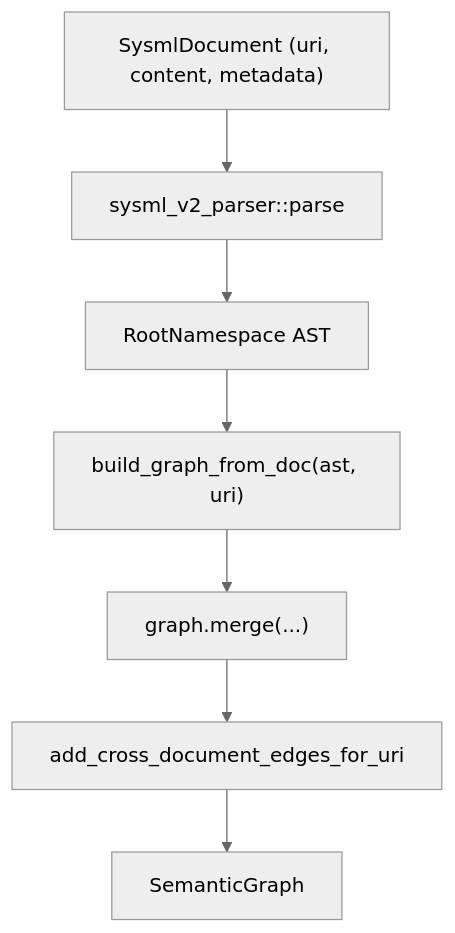
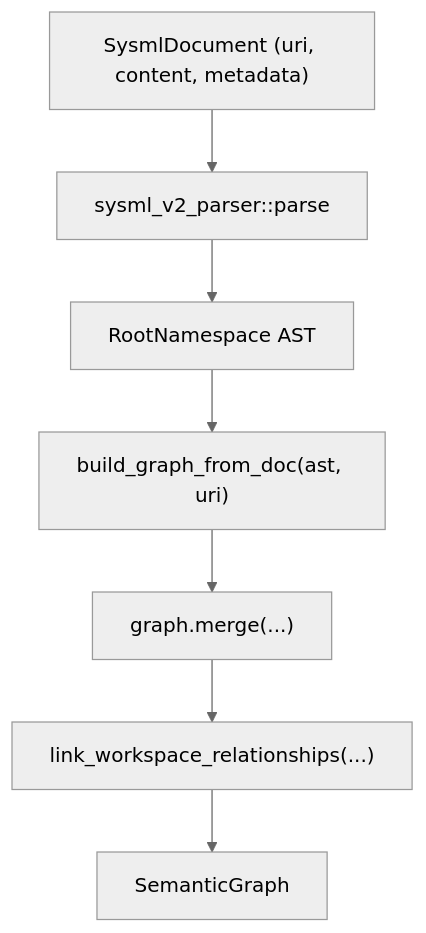
Before and after one commit to elan8/spec42: the second of 3 diagrams in docs/SEMANTIC_CORE_ARCHITECTURE.md, drawn with Mermaid (neutral theme). The commit also changed other lines of this file and 16 other files, not shown here.

First line of the commit message:
Refactor semantic graph building and enhance analysis evaluation

````diff
--- a/docs/SEMANTIC_CORE_ARCHITECTURE.md
+++ b/docs/SEMANTIC_CORE_ARCHITECTURE.md
@@ -81,9 +81,9 @@
 ```mermaid
 flowchart TD
   doc["SysmlDocument (uri, content, metadata)"] --> parse["sysml_v2_parser::parse"]
   parse --> ast["RootNamespace AST"]
   ast --> graphDoc["build_graph_from_doc(ast, uri)"]
   graphDoc --> merge["graph.merge(...)"]
-  merge --> link["add_cross_document_edges_for_uri"]
+  merge --> link["link_workspace_relationships(...)"]
   link --> semanticGraph["SemanticGraph"]
 ```
````
